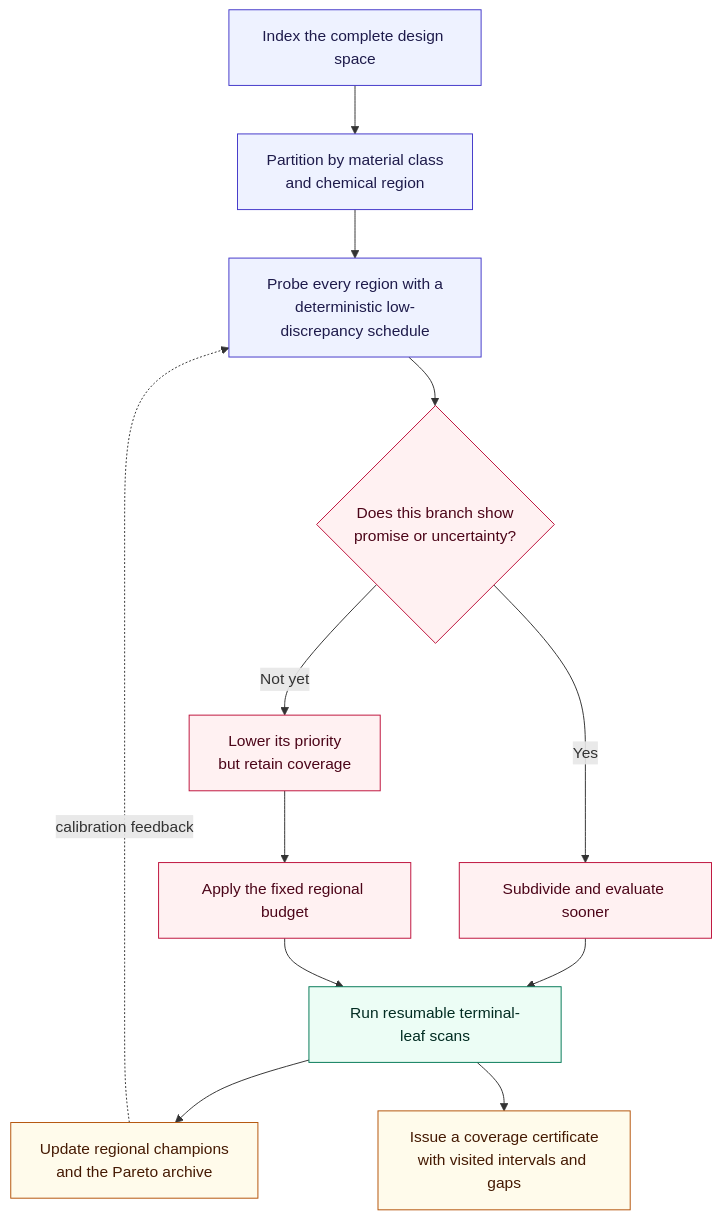
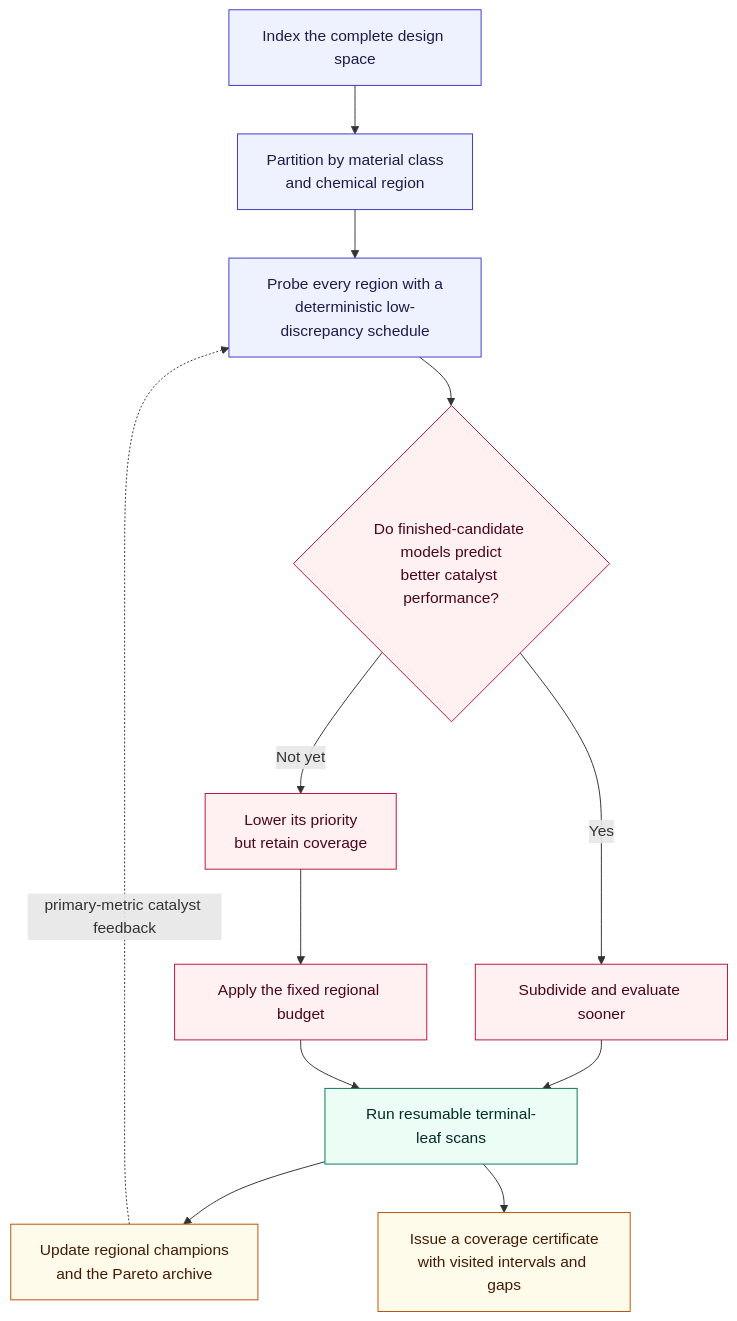
Before and after one commit to YungRaj/hydrogen: the second of 9 diagrams in docs/ARCHITECTURE_DIAGRAMS.md, drawn with Mermaid. The commit also changed other lines of this file and 12 other files, not shown here.

Commit message:
Standardize catalyst-guided branch search

````diff
--- a/docs/ARCHITECTURE_DIAGRAMS.md
+++ b/docs/ARCHITECTURE_DIAGRAMS.md
@@ -61,29 +61,29 @@
 ```mermaid
 flowchart TB
     ROOT["Index the complete design space"]
     PARTITION["Partition by material class<br/>and chemical region"]
     PROBE["Probe every region with a<br/>deterministic low-discrepancy schedule"]
-    PRIORITY{"Does this branch show<br/>promise or uncertainty?"}
+    PRIORITY{"Do finished-candidate models predict<br/>better catalyst performance?"}
     REFINE["Subdivide and evaluate sooner"]
     DEFER["Lower its priority<br/>but retain coverage"]
     FLOOR["Apply the fixed regional budget"]
     LEAF["Run resumable terminal-leaf scans"]
     RESULTS["Update regional champions<br/>and the Pareto archive"]
     CERTIFICATE["Issue a coverage certificate<br/>with visited intervals and gaps"]
 
     ROOT --> PARTITION --> PROBE --> PRIORITY
     PRIORITY -- "Yes" --> REFINE --> LEAF
     PRIORITY -- "Not yet" --> DEFER --> FLOOR --> LEAF
     LEAF --> RESULTS
     LEAF --> CERTIFICATE
-    RESULTS -. "calibration feedback" .-> PROBE
+    RESULTS -. "primary-metric catalyst feedback" .-> PROBE
 
     classDef structure fill:#eef2ff,stroke:#4338ca,color:#1e1b4b
     classDef decision fill:#fff1f2,stroke:#be123c,color:#4c0519
     classDef execution fill:#ecfdf5,stroke:#047857,color:#022c22
     classDef proof fill:#fffbeb,stroke:#b45309,color:#451a03
     class ROOT,PARTITION,PROBE structure
     class PRIORITY,REFINE,DEFER,FLOOR decision
     class LEAF execution
     class RESULTS,CERTIFICATE proof
 ```
````
